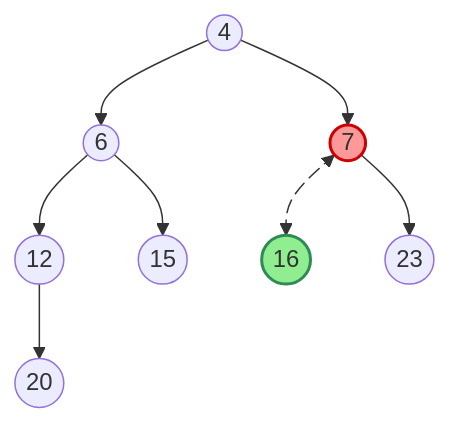
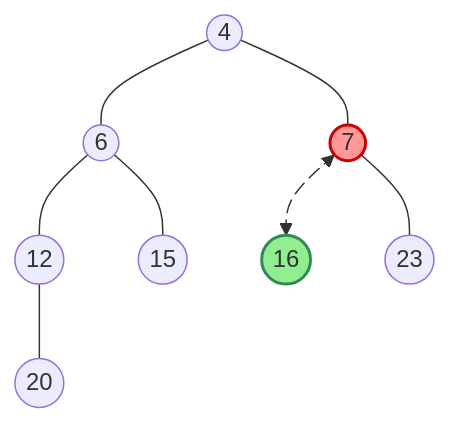
Diagram 16 of 17 in lectures/lect-11-Heap.md (ruslylove/datastruct), drawn with Mermaid before and after one commit. The commit also changed other lines of this file, not shown here.

Commit message:
update diagram and bottom-up heap theorem.

````diff
--- a/lectures/lect-11-Heap.md
+++ b/lectures/lect-11-Heap.md
@@ -508,13 +508,13 @@
 ```mermaid {scale: 0.8}
 graph TD
-    A((4)) --> B((6))
-    A --> C((7))
-    B --> D((12))
-    B --> E((15))
+    A((4)) --- B((6))
+    A --- C((7))
+    B --- D((12))
+    B --- E((15))
     C e1@<--> F((16))
-    C --> G((23))
-    D --> H((20))
+    C --- G((23))
+    D --- H((20))
     style C fill:#f99,stroke:#c00,stroke-width:2px
     style F fill:#90EE90,stroke:#2E8B57,stroke-width:2px
     e1@{ animate : true }
 ```
````
